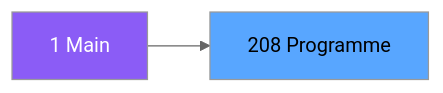
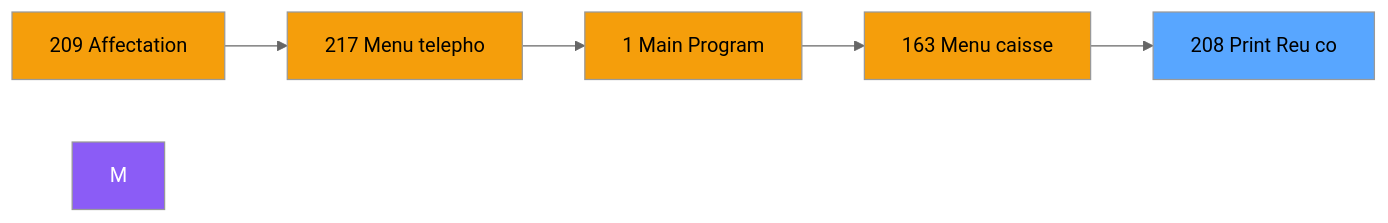
One commit to thonyAGP/magic-migration changed the second of 3 diagrams in .openspec/specs/ADH-IDE-208.md. Above: the diagram before and after it, drawn with Mermaid (neutral theme). The commit also changed other lines of this file and 323 other files, not shown here.

````diff
--- a/.openspec/specs/ADH-IDE-208.md
+++ b/.openspec/specs/ADH-IDE-208.md
@@ -99,8 +111,18 @@
 ```mermaid
 graph LR
-    M[1 Main]
-    T[208 Programme]
-    M --> T
+    N209[209 Affectation ]
+    N217[217 Menu telepho]
+    N1[1 Main Program]
+    N163[163 Menu caisse ]
+    T[208 Print Reu co]
+    N209 --> N217
+    N217 --> N1
+    N1 --> N163
+    N163 --> T
     style M fill:#8b5cf6,color:#fff
+    style N209 fill:#f59e0b
+    style N217 fill:#f59e0b
+    style N1 fill:#f59e0b
+    style N163 fill:#f59e0b
     style T fill:#58a6ff,color:#000
 ```
````
